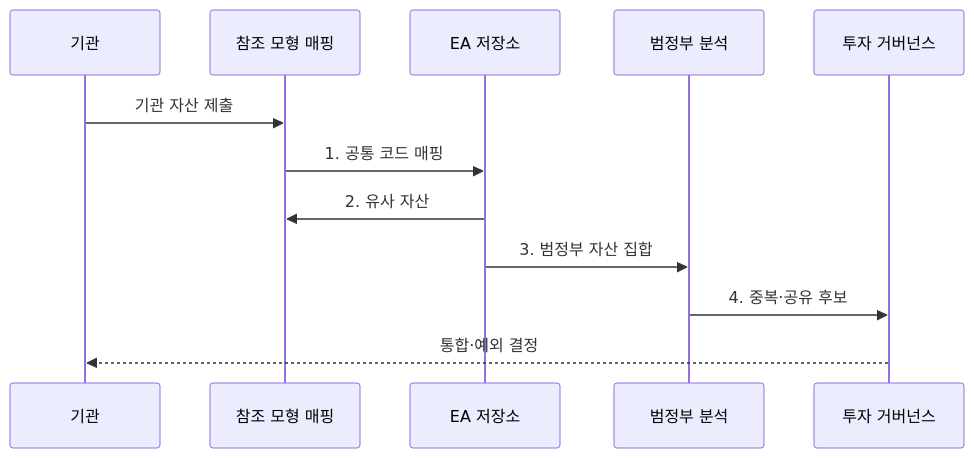
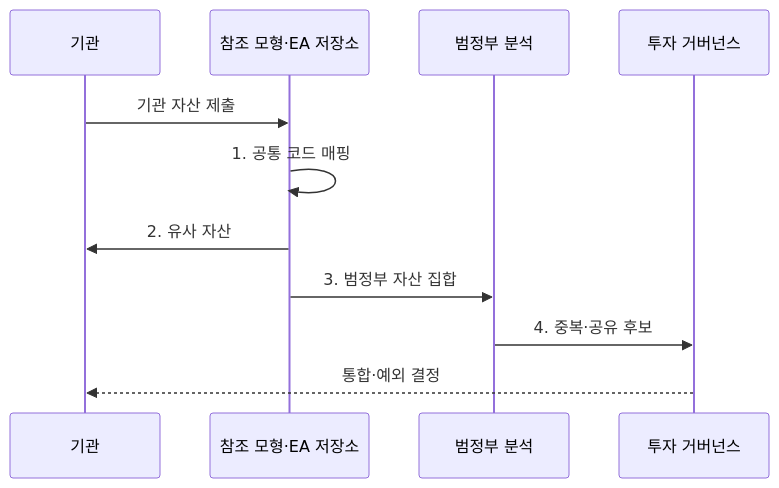
The second of 2 diagrams in src/content/docs/notes/03-software/190_government_ea_trm_drm.md (agnusdei1207/knowledge-base), drawn with Mermaid before and after one commit. The commit also changed 9 other files, not shown here.

Commit message:
Focus governance and assurance diagrams

````diff
--- a/src/content/docs/notes/03-software/190_government_ea_trm_drm.md
+++ b/src/content/docs/notes/03-software/190_government_ea_trm_drm.md
@@ -95,14 +95,13 @@
 ```mermaid
 sequenceDiagram
     participant I as 기관
-    participant M as 참조 모형 매핑
-    participant R as EA 저장소
+    participant M as 참조 모형·EA 저장소
     participant A as 범정부 분석
     participant G as 투자 거버넌스
     I->>M: 기관 자산 제출
-    M->>R: 1. 공통 코드 매핑
-    R->>M: 2. 유사 자산
-    R->>A: 3. 범정부 자산 집합
+    M->>M: 1. 공통 코드 매핑
+    M->>I: 2. 유사 자산
+    M->>A: 3. 범정부 자산 집합
     A->>G: 4. 중복·공유 후보
     G-->>I: 통합·예외 결정
 ```
````
